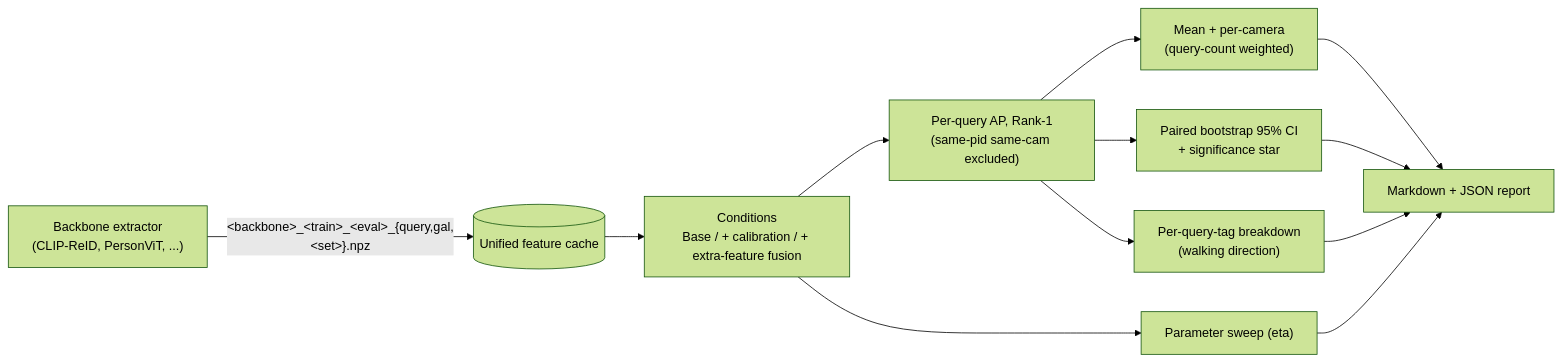
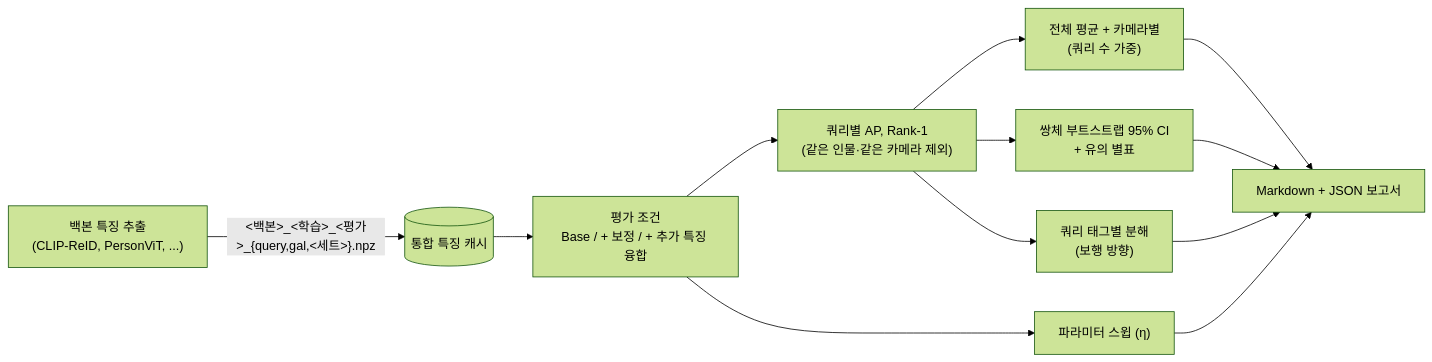
One commit to artelee/IndustrialAI changed the diagram in 2026_석사논문_ReID_평가벤치/README.md. Above: the diagram before and after it, drawn with Mermaid (forest theme). The commit also changed other lines of this file and 18 other files, not shown here.

````diff
--- a/2026_석사논문_ReID_평가벤치/README.md
+++ b/2026_석사논문_ReID_평가벤치/README.md
@@ -7,11 +7,11 @@
 ```mermaid
 flowchart LR
-    A["Backbone extractor<br/>(CLIP-ReID, PersonViT, ...)"] -->|"&lt;backbone&gt;_&lt;train&gt;_&lt;eval&gt;_{query,gal,&lt;set&gt;}.npz"| B[(Unified feature cache)]
-    B --> C["Conditions<br/>Base / + calibration / + extra-feature fusion"]
-    C --> D["Per-query AP, Rank-1<br/>(same-pid same-cam excluded)"]
-    D --> E["Mean + per-camera<br/>(query-count weighted)"]
-    D --> F["Paired bootstrap 95% CI<br/>+ significance star"]
-    D --> G["Per-query-tag breakdown<br/>(walking direction)"]
-    C --> H["Parameter sweep (eta)"]
-    E & F & G & H --> I["Markdown + JSON report"]
+    A["백본 특징 추출<br/>(CLIP-ReID, PersonViT, ...)"] -->|"&lt;백본&gt;_&lt;학습&gt;_&lt;평가&gt;_{query,gal,&lt;세트&gt;}.npz"| B[(통합 특징 캐시)]
+    B --> C["평가 조건<br/>Base / + 보정 / + 추가 특징 융합"]
+    C --> D["쿼리별 AP, Rank-1<br/>(같은 인물·같은 카메라 제외)"]
+    D --> E["전체 평균 + 카메라별<br/>(쿼리 수 가중)"]
+    D --> F["쌍체 부트스트랩 95% CI<br/>+ 유의 별표"]
+    D --> G["쿼리 태그별 분해<br/>(보행 방향)"]
+    C --> H["파라미터 스윕 (η)"]
+    E & F & G & H --> I["Markdown + JSON 보고서"]
 ```
````
